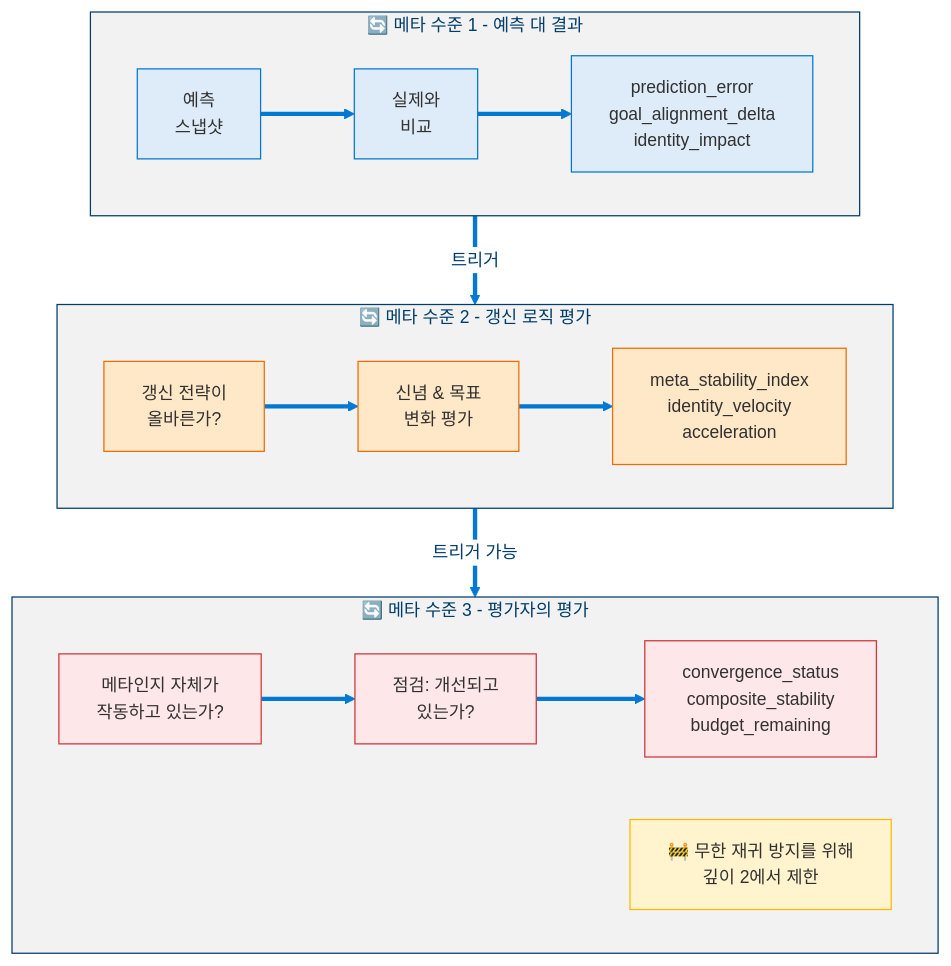
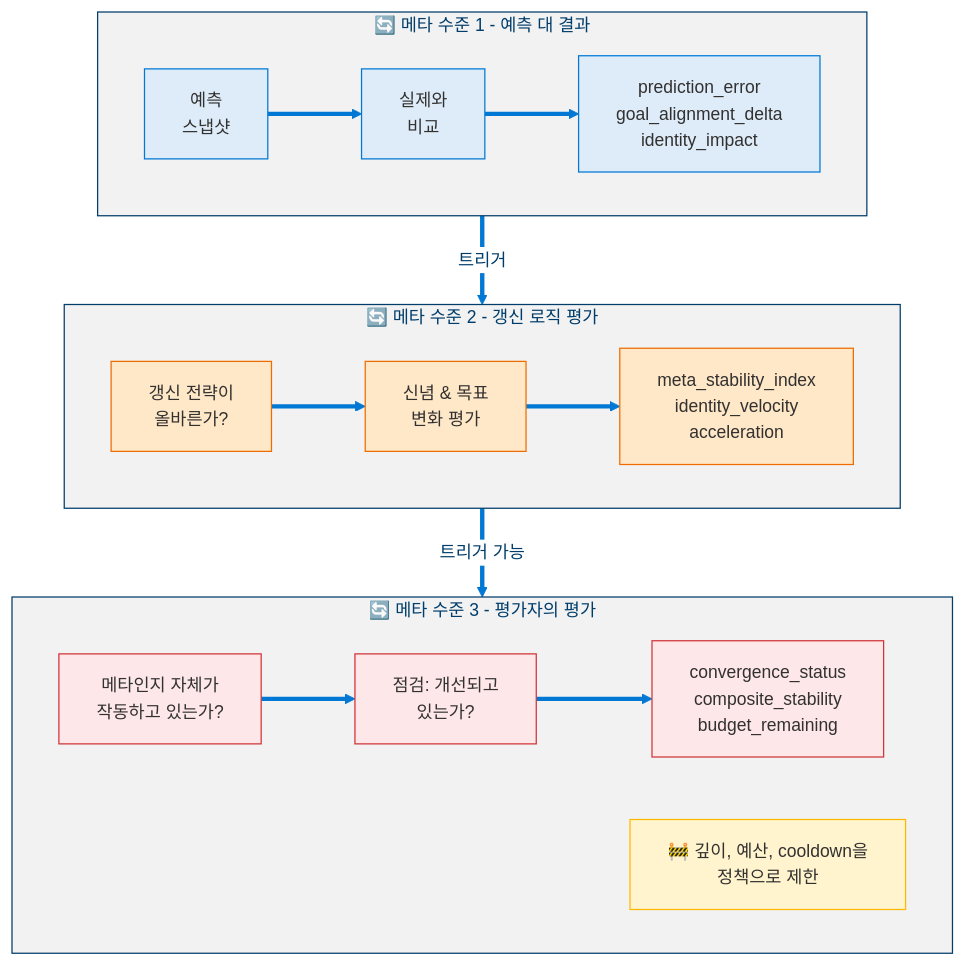
Before and after one commit to dotnetpower/mscp: the eighth of 19 diagrams in docs/levels/Level_3_Self_Regulating_Agent.ko.md, drawn with Mermaid. The commit also changed other lines of this file and 21 other files, not shown here.

````diff
--- a/docs/levels/Level_3_Self_Regulating_Agent.ko.md
+++ b/docs/levels/Level_3_Self_Regulating_Agent.ko.md
@@ -569,36 +616,36 @@
 ```mermaid
 %%{init: {'theme': 'base', 'themeVariables': {'primaryColor': '#0078D4', 'primaryTextColor': '#003D6B', 'primaryBorderColor': '#003D6B', 'secondaryColor': '#50E6FF', 'secondaryTextColor': '#323130', 'secondaryBorderColor': '#00BCF2', 'tertiaryColor': '#F2F2F2', 'tertiaryTextColor': '#323130', 'lineColor': '#0078D4', 'textColor': '#323130', 'mainBkg': '#DEECF9', 'nodeBorder': '#0078D4', 'clusterBkg': '#F2F2F2', 'clusterBorder': '#003D6B', 'titleColor': '#003D6B', 'edgeLabelBackground': '#FFFFFF', 'fontSize': '14px'}}}%%
 flowchart TD
   classDef level1 fill:#DEECF9,stroke:#0078D4,color:#323130
   classDef level2 fill:#FFE8C8,stroke:#EF6C00,color:#323130
   classDef level3 fill:#FDE7E9,stroke:#D13438,color:#323130
   classDef warning fill:#FFF4CE,stroke:#FFB900,color:#323130
 
   subgraph MetaL1["🔄 메타 수준 1 - 예측 대 결과"]
     P1["예측<br/>스냅샷"]:::level1
     C1["실제와<br/>비교"]:::level1
     D1["prediction_error<br/>goal_alignment_delta<br/>identity_impact"]:::level1
     P1 ==> C1
     C1 ==> D1
   end
 
   subgraph MetaL2["🔄 메타 수준 2 - 갱신 로직 평가"]
     P2["갱신 전략이<br/>올바른가?"]:::level2
     C2["신념 & 목표<br/>변화 평가"]:::level2
     D2["meta_stability_index<br/>identity_velocity<br/>acceleration"]:::level2
     P2 ==> C2
     C2 ==> D2
   end
 
   subgraph MetaL3["🔄 메타 수준 3 - 평가자의 평가"]
     P3["메타인지 자체가<br/>작동하고 있는가?"]:::level3
     C3["점검: 개선되고<br/>있는가?"]:::level3
     D3["convergence_status<br/>composite_stability<br/>budget_remaining"]:::level3
-    NOTE3["🚧 무한 재귀 방지를 위해<br/>깊이 2에서 제한"]:::warning
+    NOTE3["🚧 깊이, 예산, cooldown을<br/>정책으로 제한"]:::warning
     P3 ==> C3
     C3 ==> D3
   end
 
   MetaL1 ==>|트리거| MetaL2
   MetaL2 ==>|트리거 가능| MetaL3
 ```
````
